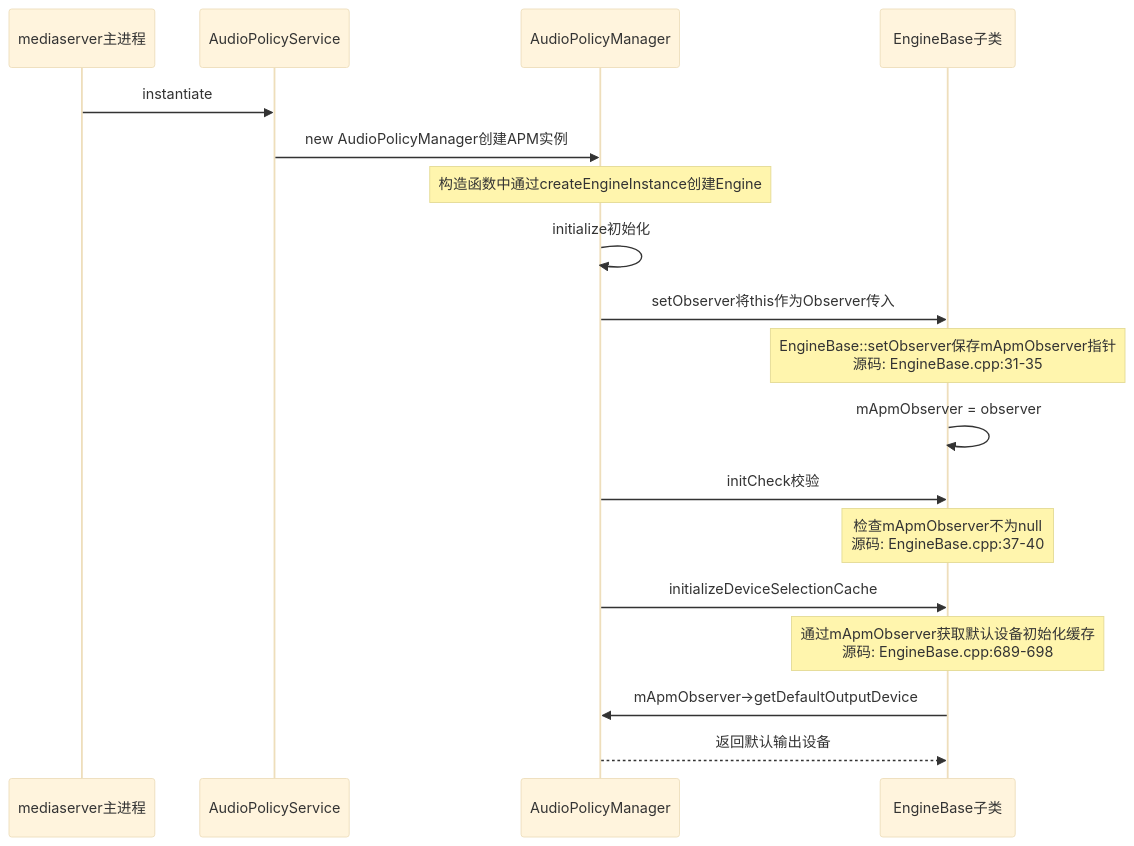
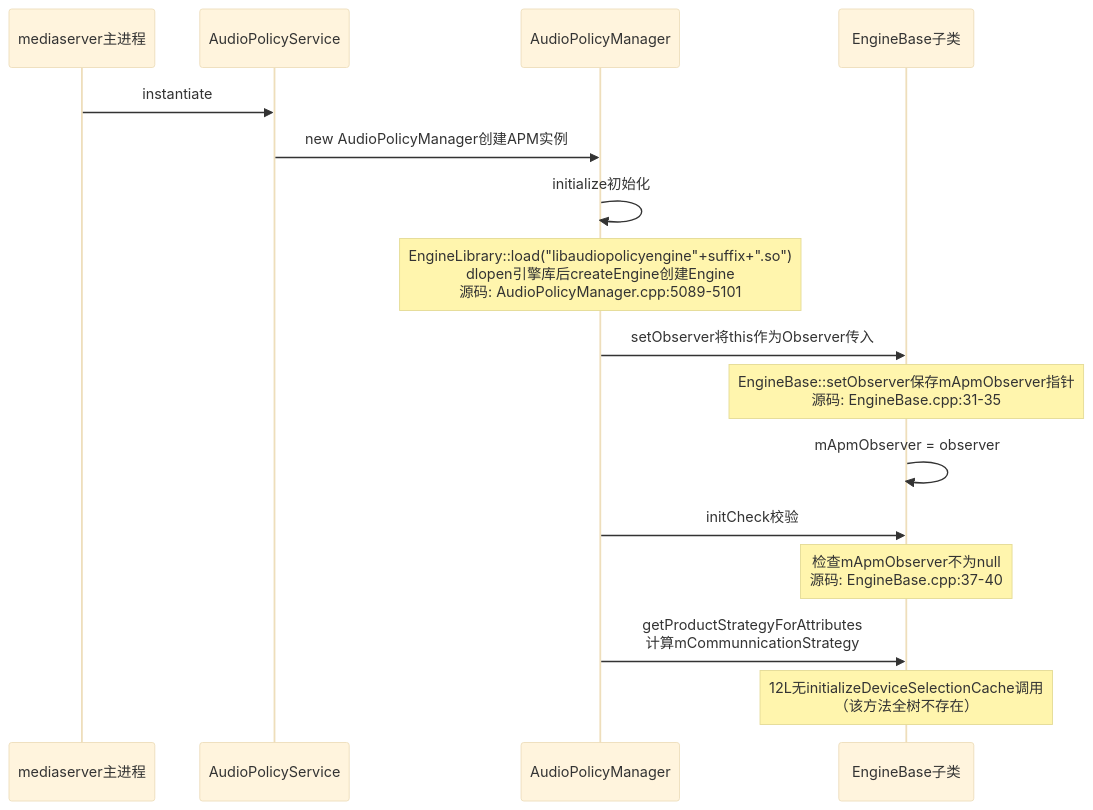
The second of 4 diagrams in 06_Audio_Policy_Engine/06_6.14_AudioPolicyManagerObserver-观察者接口.md (yanglinzhen1022/SA8295_AAOS_QNX_Audio_KnowledgeBase), drawn with Mermaid (base theme) before and after one commit. The commit also changed other lines of this file and 11 other files, not shown here.

````diff
--- a/06_Audio_Policy_Engine/06_6.14_AudioPolicyManagerObserver-观察者接口.md
+++ b/06_Audio_Policy_Engine/06_6.14_AudioPolicyManagerObserver-观察者接口.md
@@ -244,21 +246,19 @@
 ```mermaid
 sequenceDiagram
     participant Main as mediaserver主进程
     participant APS as AudioPolicyService
     participant APM as AudioPolicyManager
     participant Engine as EngineBase子类
 
     Main->>APS: instantiate
     APS->>APM: new AudioPolicyManager创建APM实例
-    Note over APM: 构造函数中通过createEngineInstance创建Engine
     APM->>APM: initialize初始化
+    Note over APM: EngineLibrary::load("libaudiopolicyengine"+suffix+".so")<br>dlopen引擎库后createEngine创建Engine<br>源码: AudioPolicyManager.cpp:5089-5101
     APM->>Engine: setObserver将this作为Observer传入
     Note over Engine: EngineBase::setObserver保存mApmObserver指针<br>源码: EngineBase.cpp:31-35
     Engine->>Engine: mApmObserver = observer
     APM->>Engine: initCheck校验
     Note over Engine: 检查mApmObserver不为null<br>源码: EngineBase.cpp:37-40
-    APM->>Engine: initializeDeviceSelectionCache
-    Note over Engine: 通过mApmObserver获取默认设备初始化缓存<br>源码: EngineBase.cpp:689-698
-    Engine->>APM: mApmObserver->getDefaultOutputDevice
-    APM-->>Engine: 返回默认输出设备
+    APM->>Engine: getProductStrategyForAttributes<br>计算mCommunnicationStrategy
+    Note over Engine: 12L无initializeDeviceSelectionCache调用<br>（该方法全树不存在）
 ```
````
